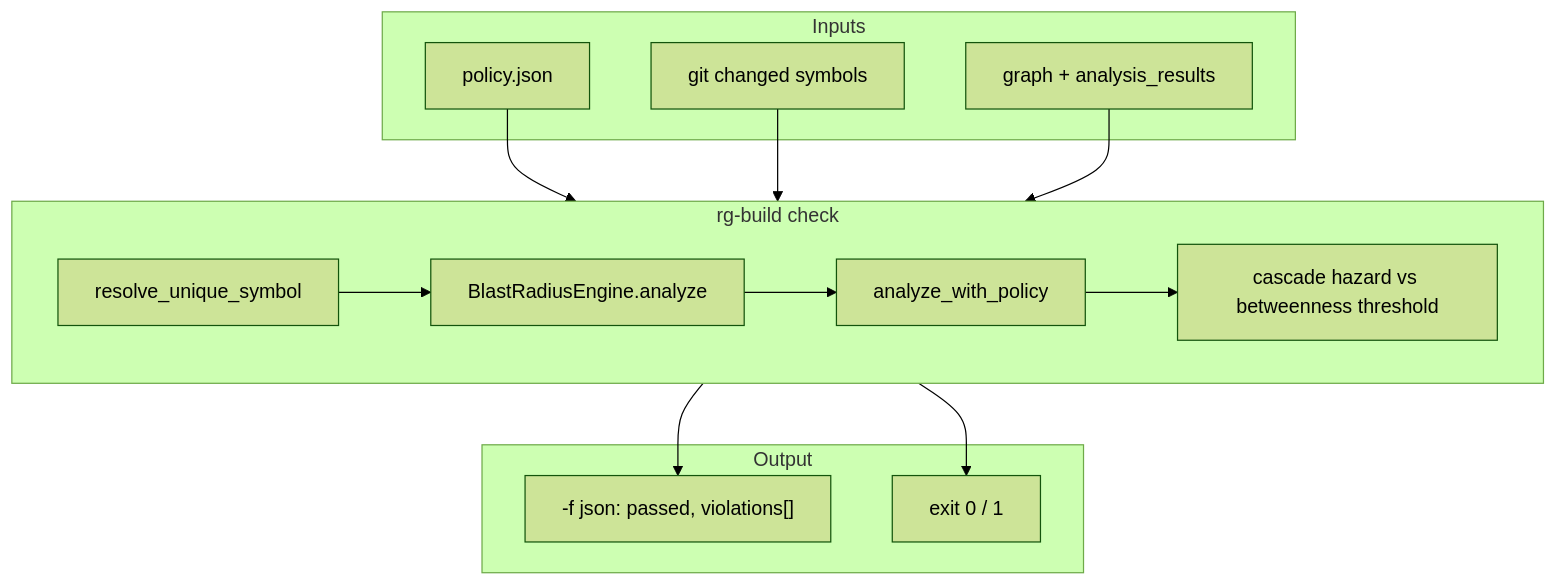
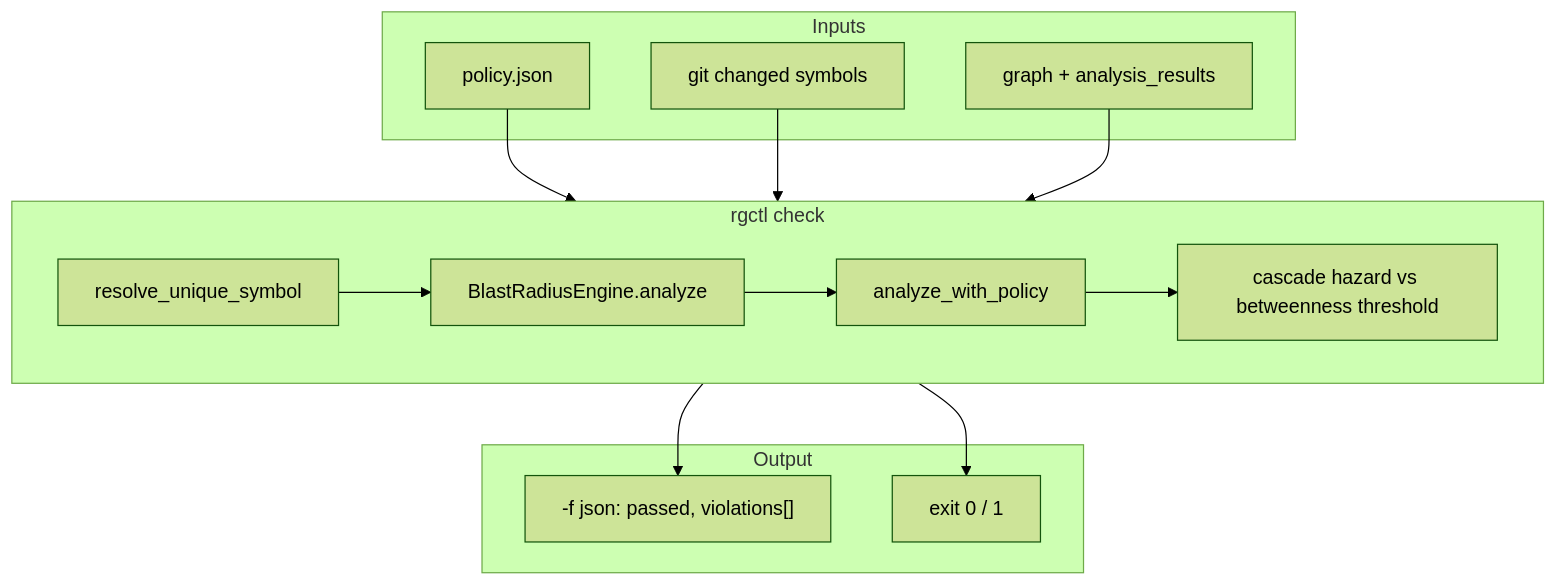
One commit to l3acon/rgctl changed the diagram in docs/design/ci-policy-checks-design.md. Above: the diagram before and after it, drawn with Mermaid (forest theme). The commit also changed other lines of this file and 217 other files, not shown here.

````diff
--- a/docs/design/ci-policy-checks-design.md
+++ b/docs/design/ci-policy-checks-design.md
@@ -24,27 +24,27 @@
 ```mermaid
 flowchart TB
   subgraph inputs["Inputs"]
     POL[policy.json]
     GIT[git changed symbols]
     G[graph + analysis_results]
   end
 
-  subgraph check["rg-build check"]
+  subgraph check["rgctl check"]
     RES[resolve_unique_symbol]
     ENG[BlastRadiusEngine.analyze]
     POLCHK[analyze_with_policy]
     CASCADE[cascade hazard vs betweenness threshold]
     RES --> ENG --> POLCHK --> CASCADE
   end
 
   subgraph output["Output"]
     JSON["-f json: passed, violations[]"]
     EXIT[exit 0 / 1]
   end
 
   POL --> check
   GIT --> check
   G --> check
   check --> JSON
   check --> EXIT
 ```
````
